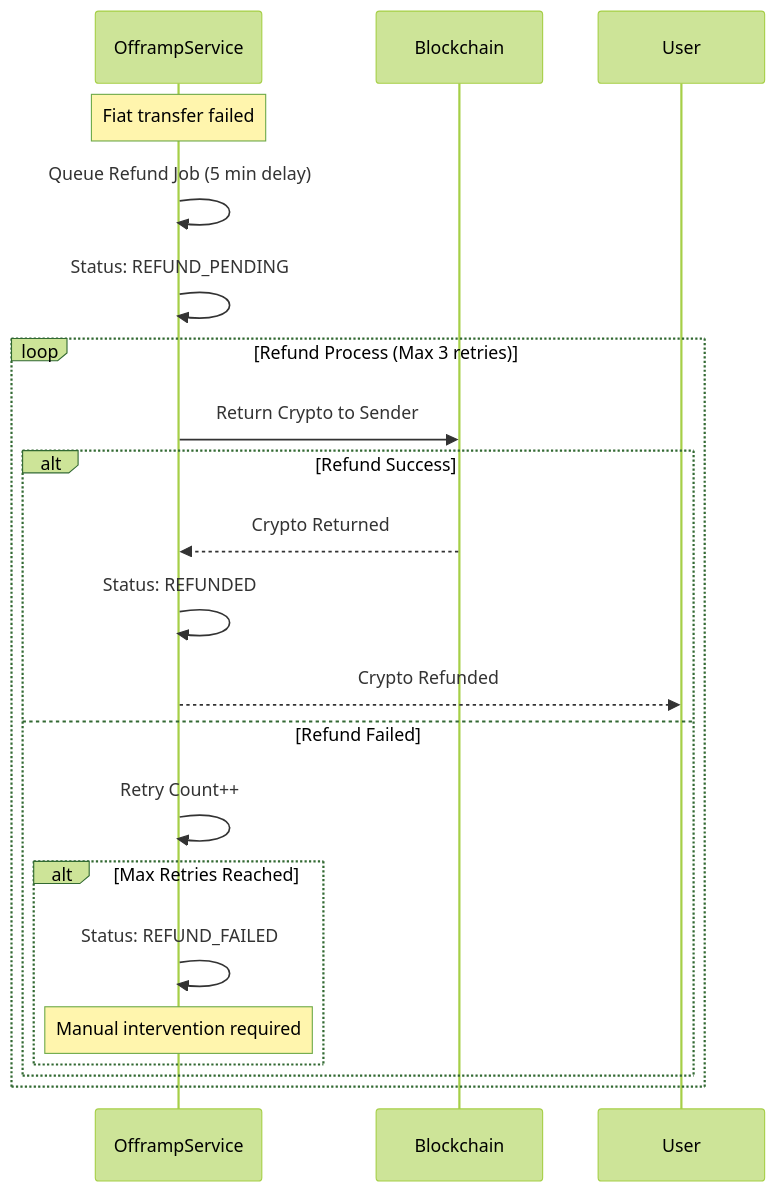
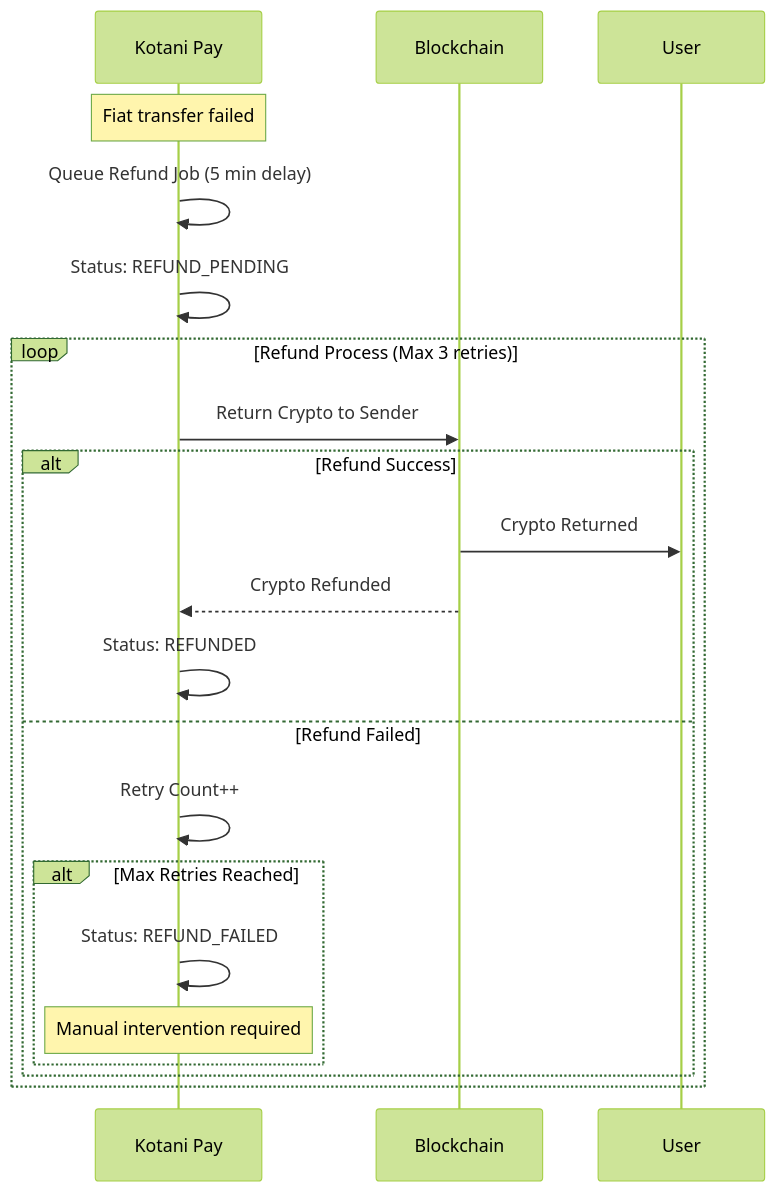
One commit to john-muinde/docs changed the sixth of 7 diagrams in v3/flows/offramp-flow.mdx. Above: the diagram before and after it, drawn with Mermaid (forest theme). The commit also changed other lines of this file and 5 other files, not shown here.

````diff
--- a/v3/flows/offramp-flow.mdx
+++ b/v3/flows/offramp-flow.mdx
@@ -154,25 +142,25 @@
 ```mermaid
 sequenceDiagram
-    participant OfframpService
+    participant Kotani Pay
     participant Blockchain
     participant User
 
-    Note over OfframpService: Fiat transfer failed
-    OfframpService->>OfframpService: Queue Refund Job (5 min delay)
-    OfframpService->>OfframpService: Status: REFUND_PENDING
+    Note over Kotani Pay: Fiat transfer failed
+    Kotani Pay->>Kotani Pay: Queue Refund Job (5 min delay)
+    Kotani Pay->>Kotani Pay: Status: REFUND_PENDING
 
     loop Refund Process (Max 3 retries)
-        OfframpService->>Blockchain: Return Crypto to Sender
+        Kotani Pay->>Blockchain: Return Crypto to Sender
         alt Refund Success
-            Blockchain-->>OfframpService: Crypto Returned
-            OfframpService->>OfframpService: Status: REFUNDED
-            OfframpService-->>User: Crypto Refunded
+            Blockchain->>User: Crypto Returned
+            Blockchain-->>Kotani Pay: Crypto Refunded
+            Kotani Pay->>Kotani Pay: Status: REFUNDED
         else Refund Failed
-            OfframpService->>OfframpService: Retry Count++
+            Kotani Pay->>Kotani Pay: Retry Count++
             alt Max Retries Reached
-                OfframpService->>OfframpService: Status: REFUND_FAILED
-                Note over OfframpService: Manual intervention required
+                Kotani Pay->>Kotani Pay: Status: REFUND_FAILED
+                Note over Kotani Pay: Manual intervention required
             end
         end
     end
 ```
````
